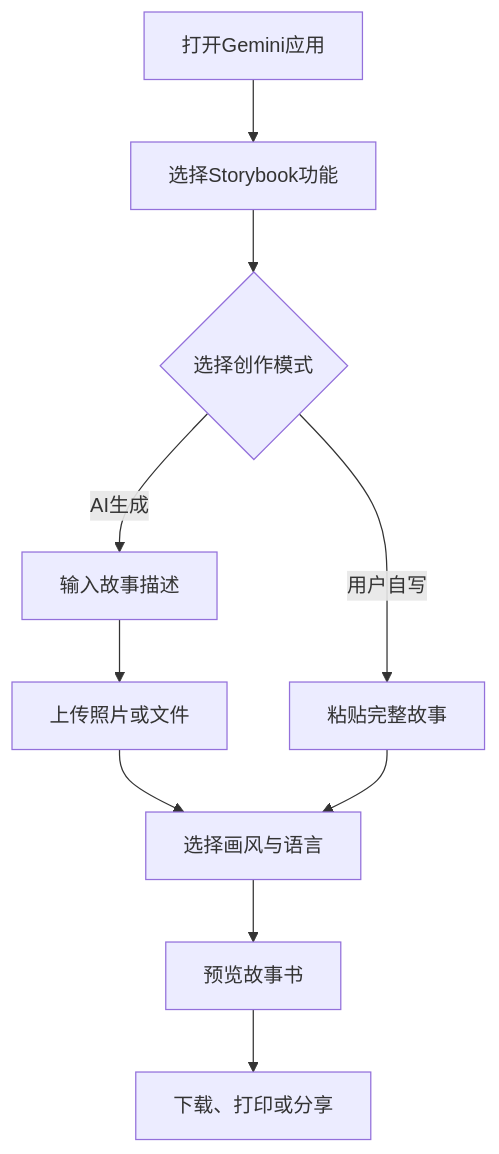
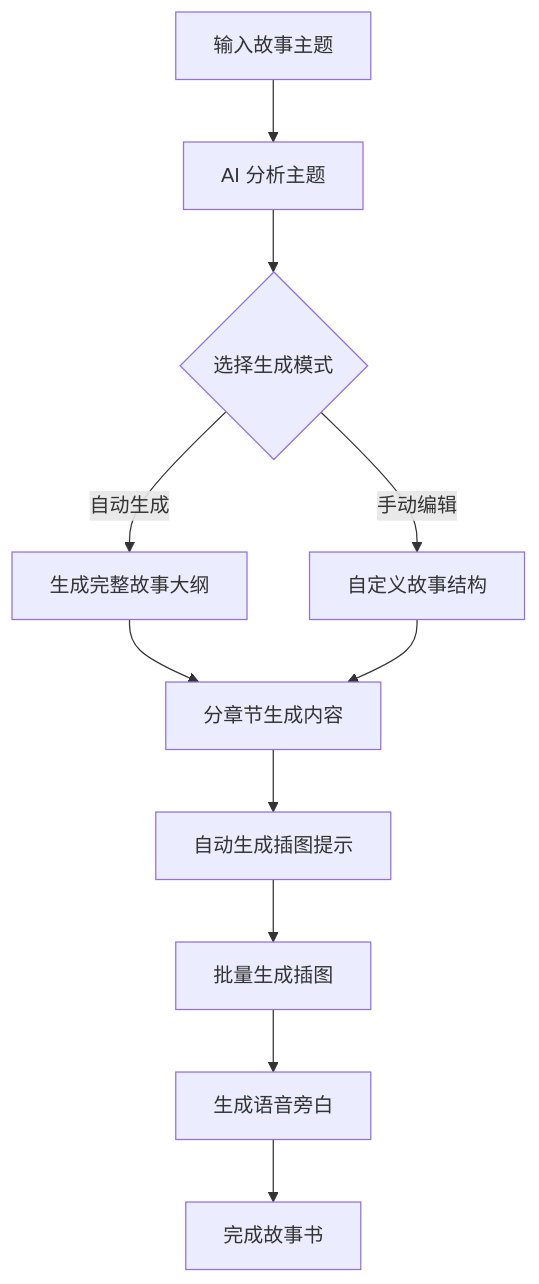
Before and after one commit to rubiklife/rubiklife.github.io: the second of 22 diagrams in _posts/2025-08-22-gemini-storybook-guide.md, drawn with Mermaid. The commit also changed other lines of this file, not shown here.

````diff
--- a/_posts/2025-08-22-gemini-storybook-guide.md
+++ b/_posts/2025-08-22-gemini-storybook-guide.md
@@ -41,12 +47,13 @@
 ```mermaid
-graph TD
-    A[打开Gemini应用] --> B[选择Storybook功能]
-    B --> C{选择创作模式}
-    C -->|AI生成| D[输入故事描述]
-    C -->|用户自写| E[粘贴完整故事]
-    D --> F[上传照片或文件]
-    F --> G[选择画风与语言]
-    E --> G
-    G --> H[预览故事书]
-    H --> I[下载、打印或分享]
+flowchart TD
+    A[输入故事主题] --> B[AI 分析主题]
+    B --> C{选择生成模式}
+    C -->|自动生成| D[生成完整故事大纲]
+    C -->|手动编辑| E[自定义故事结构]
+    D --> F[分章节生成内容]
+    E --> F
+    F --> G[自动生成插图提示]
+    G --> H[批量生成插图]
+    H --> I[生成语音旁白]
+    I --> J[完成故事书]
 ```
````
